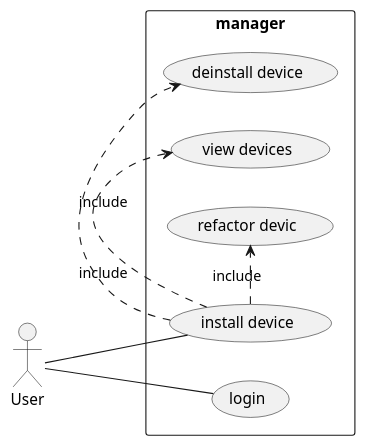
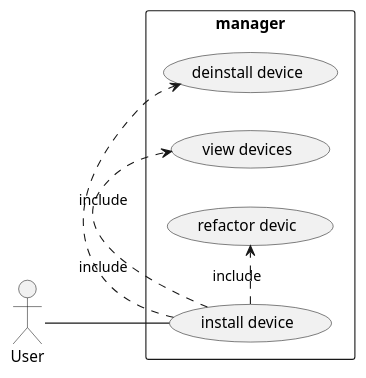
The diagram in Backend/asciidocs/ucd.puml (htl-leonding-project/5ahif-syp-chromecast-manager), drawn with PlantUML before and after one commit.

```diff
--- a/Backend/asciidocs/ucd.puml
+++ b/Backend/asciidocs/ucd.puml
@@ -2,12 +2,11 @@
 @startuml
 left to right direction
 skinparam packageStyle rectangle
 actor User
 rectangle manager {
   User -- (install device)
   (install device) .> (deinstall device) : include
   (install device) .> (view devices) : include
   (install device) .> (refactor devic) : include
-  User -- (login)
 }
 @enduml
```
